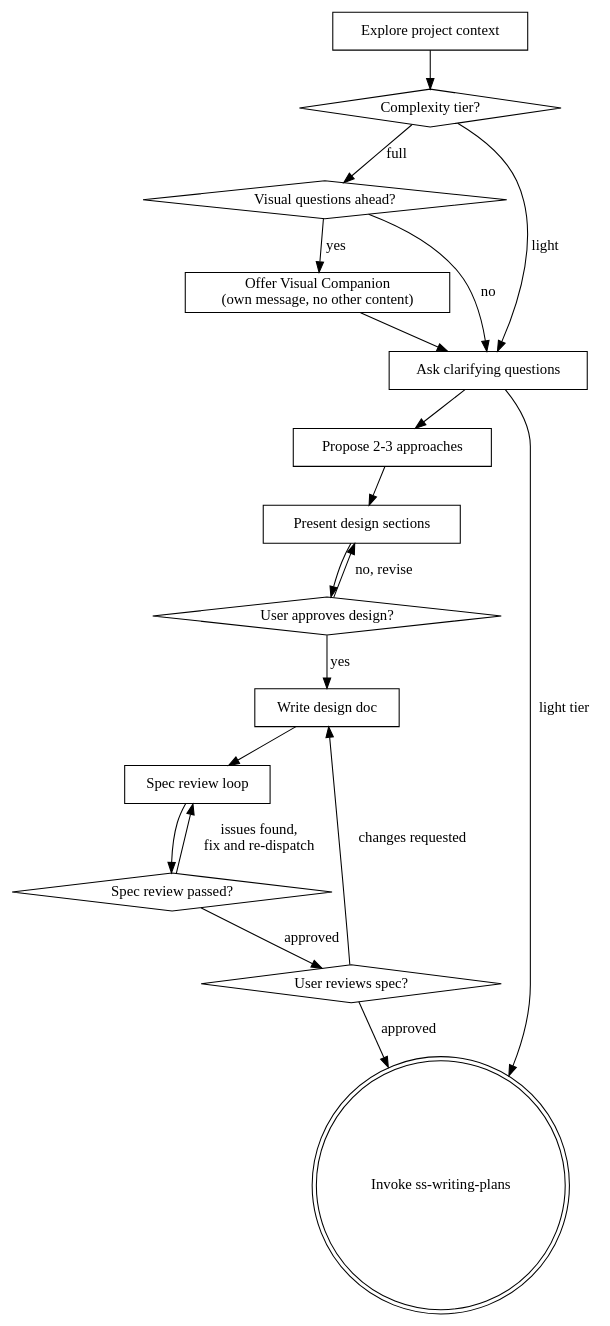
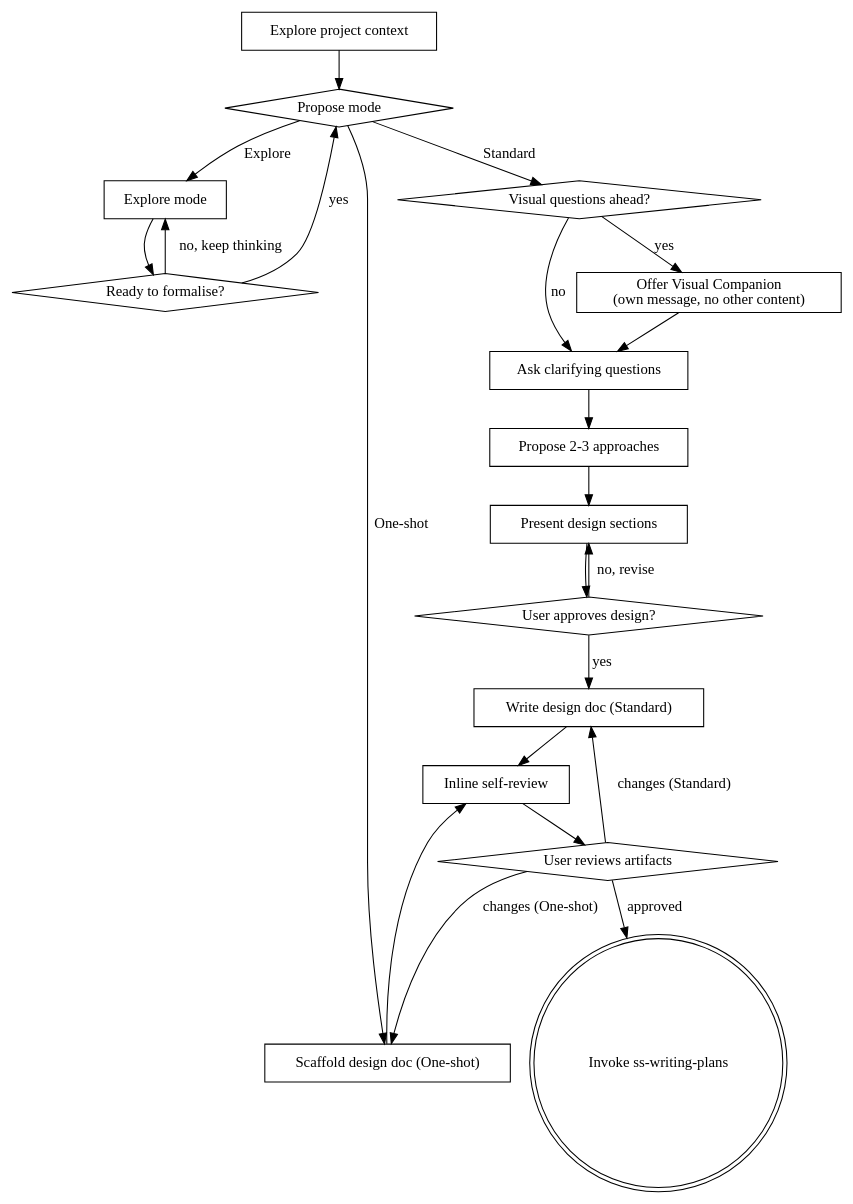
Before and after one commit to CoyoteLeo/superspec: the diagram in skills/ss-brainstorming/SKILL.md, drawn with Graphviz. The commit also changed other lines of this file and 7 other files, not shown here.

First line of the commit message:
feat: borrow inline self-review, explore mode, One-shot scaffolding from superpowers/openspec

````diff
--- a/skills/ss-brainstorming/SKILL.md
+++ b/skills/ss-brainstorming/SKILL.md
@@ -70,36 +95,41 @@
 ```dot
 digraph brainstorming {
     "Explore project context" [shape=box];
-    "Complexity tier?" [shape=diamond];
+    "Propose mode" [shape=diamond];
+    "Explore mode" [shape=box];
+    "Ready to formalise?" [shape=diamond];
     "Visual questions ahead?" [shape=diamond];
     "Offer Visual Companion\n(own message, no other content)" [shape=box];
     "Ask clarifying questions" [shape=box];
     "Propose 2-3 approaches" [shape=box];
     "Present design sections" [shape=box];
     "User approves design?" [shape=diamond];
-    "Write design doc" [shape=box];
-    "Spec review loop" [shape=box];
-    "Spec review passed?" [shape=diamond];
-    "User reviews spec?" [shape=diamond];
+    "Write design doc (Standard)" [shape=box];
+    "Scaffold design doc (One-shot)" [shape=box];
+    "Inline self-review" [shape=box];
+    "User reviews artifacts" [shape=diamond];
     "Invoke ss-writing-plans" [shape=doublecircle];
 
-    "Explore project context" -> "Complexity tier?";
-    "Complexity tier?" -> "Visual questions ahead?" [label="full"];
-    "Complexity tier?" -> "Ask clarifying questions" [label="light"];
+    "Explore project context" -> "Propose mode";
+    "Propose mode" -> "Explore mode" [label="Explore"];
+    "Explore mode" -> "Ready to formalise?";
+    "Ready to formalise?" -> "Explore mode" [label="no, keep thinking"];
+    "Ready to formalise?" -> "Propose mode" [label="yes"];
+    "Propose mode" -> "Visual questions ahead?" [label="Standard"];
+    "Propose mode" -> "Scaffold design doc (One-shot)" [label="One-shot"];
     "Visual questions ahead?" -> "Offer Visual Companion\n(own message, no other content)" [label="yes"];
     "Visual questions ahead?" -> "Ask clarifying questions" [label="no"];
     "Offer Visual Companion\n(own message, no other content)" -> "Ask clarifying questions";
     "Ask clarifying questions" -> "Propose 2-3 approaches";
     "Propose 2-3 approaches" -> "Present design sections";
     "Present design sections" -> "User approves design?";
     "User approves design?" -> "Present design sections" [label="no, revise"];
-    "User approves design?" -> "Write design doc" [label="yes"];
-    "Write design doc" -> "Spec review loop";
-    "Spec review loop" -> "Spec review passed?";
-    "Spec review passed?" -> "Spec review loop" [label="issues found,\nfix and re-dispatch"];
-    "Spec review passed?" -> "User reviews spec?" [label="approved"];
-    "User reviews spec?" -> "Write design doc" [label="changes requested"];
-    "User reviews spec?" -> "Invoke ss-writing-plans" [label="approved"];
-    "Ask clarifying questions" -> "Invoke ss-writing-plans" [label="light tier"];
+    "User approves design?" -> "Write design doc (Standard)" [label="yes"];
+    "Write design doc (Standard)" -> "Inline self-review";
+    "Scaffold design doc (One-shot)" -> "Inline self-review";
+    "Inline self-review" -> "User reviews artifacts";
+    "User reviews artifacts" -> "Write design doc (Standard)" [label="changes (Standard)"];
+    "User reviews artifacts" -> "Scaffold design doc (One-shot)" [label="changes (One-shot)"];
+    "User reviews artifacts" -> "Invoke ss-writing-plans" [label="approved"];
 }
 ```
````
